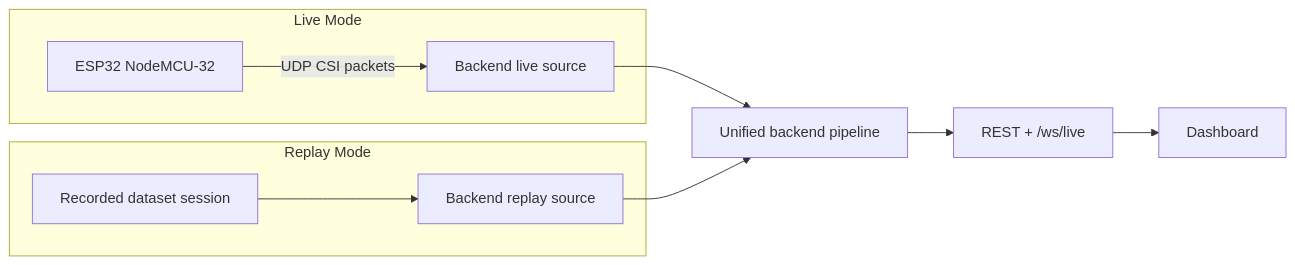
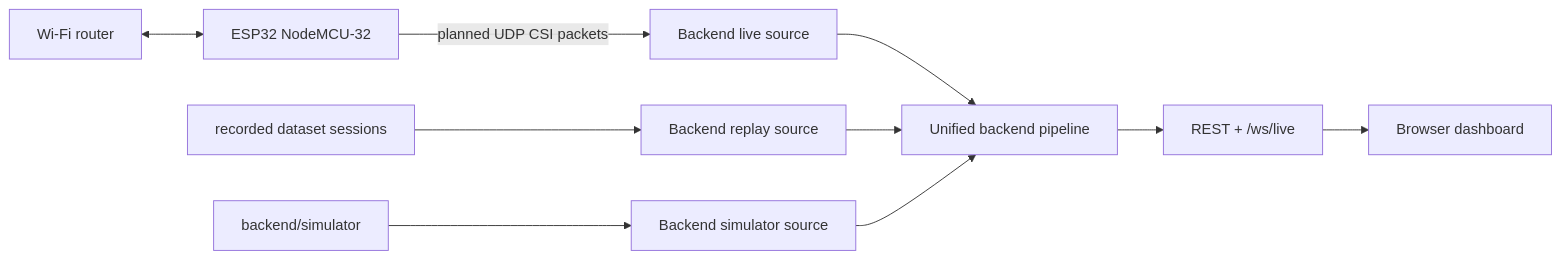
Before and after one commit to Mamba343/EchoSense: the first of 3 diagrams in docs/architecture.md, drawn with Mermaid. The commit also changed other lines of this file and 12 other files, not shown here.

````diff
--- a/docs/architecture.md
+++ b/docs/architecture.md
@@ -80,15 +22,12 @@
 ```mermaid
 flowchart LR
-    subgraph Live["Live Mode"]
-        ESP32["ESP32 NodeMCU-32"] -->|"UDP CSI packets"| LiveBackend["Backend live source"]
-    end
-
-    subgraph Replay["Replay Mode"]
-        Dataset["Recorded dataset session"] --> ReplayBackend["Backend replay source"]
-    end
-
-    LiveBackend --> Stream["Unified backend pipeline"]
-    ReplayBackend --> Stream
-    Stream --> API["REST + /ws/live"]
-    API --> UI["Dashboard"]
+    Router["Wi-Fi router"] <--> ESP32["ESP32 NodeMCU-32"]
+    ESP32 -->|"planned UDP CSI packets"| Live["Backend live source"]
+    ReplayData["recorded dataset sessions"] --> Replay["Backend replay source"]
+    Sim["backend/simulator"] --> SimSource["Backend simulator source"]
+    Live --> Pipeline["Unified backend pipeline"]
+    Replay --> Pipeline
+    SimSource --> Pipeline
+    Pipeline --> API["REST + /ws/live"]
+    API --> UI["Browser dashboard"]
 ```
````
